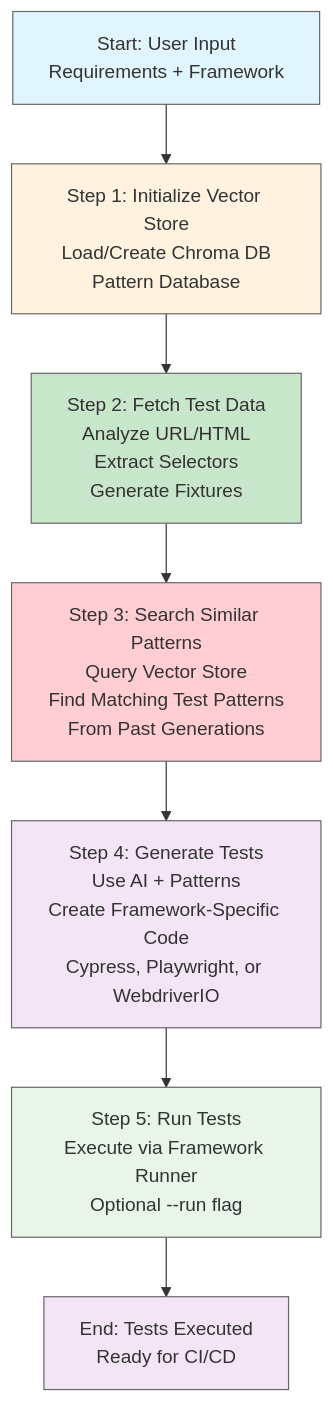
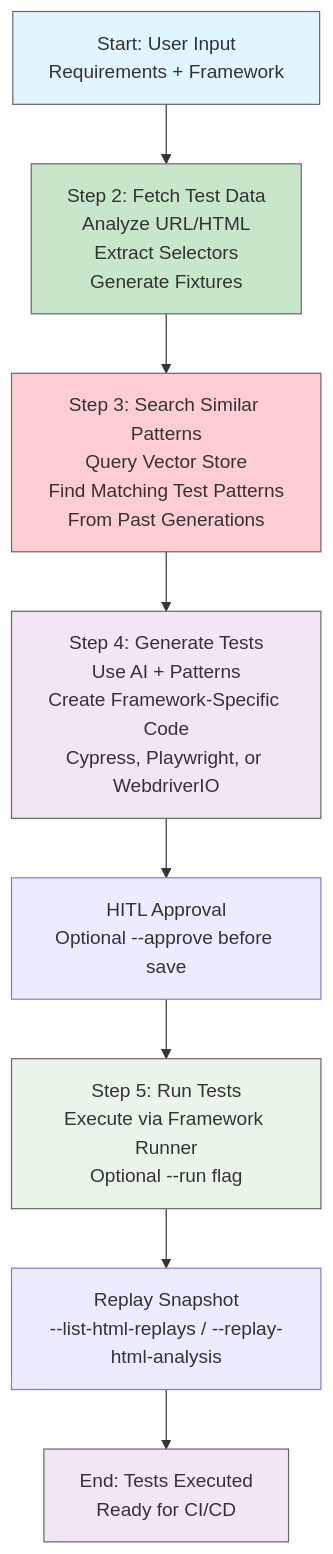
Before and after one commit to aiqualitylab/ai-natural-language-tests: the second of 3 diagrams in README.md, drawn with Mermaid. The commit also changed other lines of this file and 19 other files, not shown here.

````diff
--- a/README.md
+++ b/README.md
@@ -180,17 +189,17 @@
 ```mermaid
 flowchart TD
-    A[Start: User Input<br/>Requirements + Framework] --> B[Step 1: Initialize Vector Store<br/>Load/Create Chroma DB<br/>Pattern Database]
-    B --> C[Step 2: Fetch Test Data<br/>Analyze URL/HTML<br/>Extract Selectors<br/>Generate Fixtures]
+    A[Start: User Input<br/>Requirements + Framework] --> C[Step 2: Fetch Test Data<br/>Analyze URL/HTML<br/>Extract Selectors<br/>Generate Fixtures]
     C --> D[Step 3: Search Similar Patterns<br/>Query Vector Store<br/>Find Matching Test Patterns<br/>From Past Generations]
     D --> E[Step 4: Generate Tests<br/>Use AI + Patterns<br/>Create Framework-Specific Code<br/>Cypress, Playwright, or WebdriverIO]
-    E --> F[Step 5: Run Tests<br/>Execute via Framework Runner<br/>Optional --run flag]
-    F --> G[End: Tests Executed<br/>Ready for CI/CD]
+    E --> H[HITL Approval<br/>Optional --approve before save]
+    H --> F[Step 5: Run Tests<br/>Execute via Framework Runner<br/>Optional --run flag]
+    F --> R[Replay Snapshot<br/>--list-html-replays / --replay-html-analysis]
+    R --> G[End: Tests Executed<br/>Ready for CI/CD]
 
     style A fill:#e1f5fe,color:#333333,stroke:#666666
-    style B fill:#fff3e0,color:#333333,stroke:#666666
     style C fill:#c8e6c9,color:#333333,stroke:#666666
     style D fill:#ffcdd2,color:#333333,stroke:#666666
     style E fill:#f3e5f5,color:#333333,stroke:#666666
     style F fill:#e8f5e8,color:#333333,stroke:#666666
     style G fill:#f3e5f5,color:#333333,stroke:#666666
 ```
````
